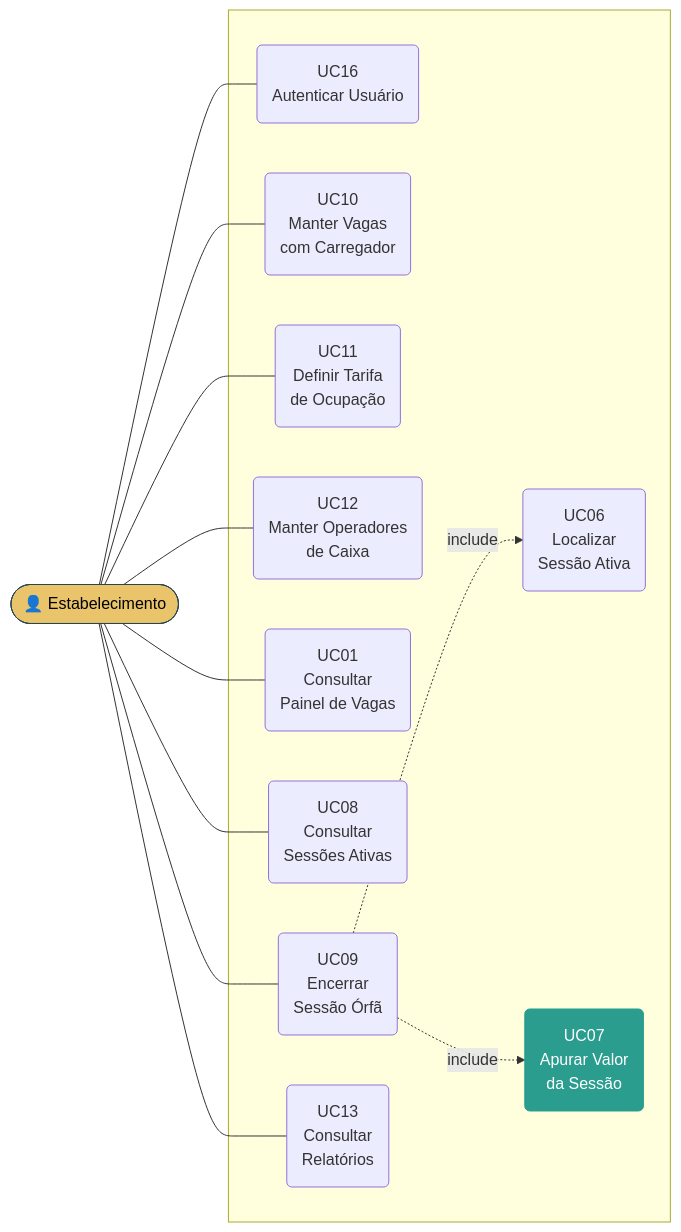
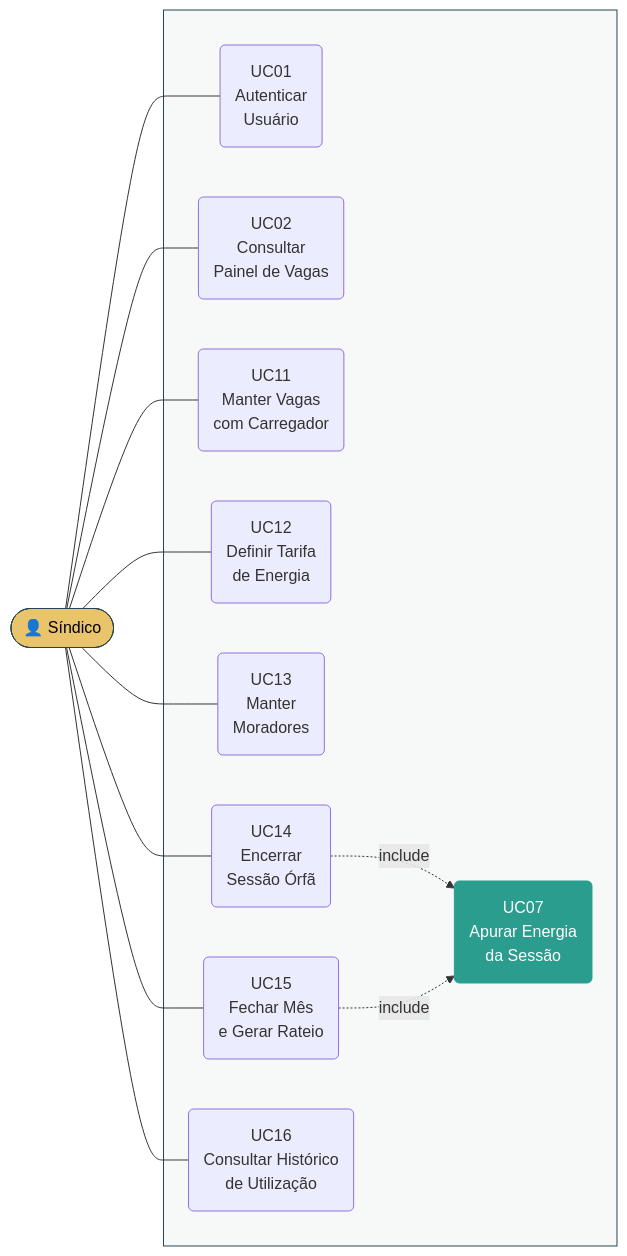
One commit to AndreMoreira00/CarregaJA changed the third of 4 diagrams in 2.Analise e Design/CARREGAJA - Modelo de Caso de Uso.md. Above: the diagram before and after it, drawn with Mermaid. The commit also changed other lines of this file and 21 other files, not shown here.

````diff
--- a/2.Analise e Design/CARREGAJA - Modelo de Caso de Uso.md
+++ b/2.Analise e Design/CARREGAJA - Modelo de Caso de Uso.md
@@ -150,28 +149,29 @@
 ```mermaid
 flowchart LR
-    EST(["👤 Estabelecimento"])
+    SIN(["👤 Síndico"])
     subgraph SIS[" "]
-        UC16("UC16<br/>Autenticar Usuário")
-        UC10("UC10<br/>Manter Vagas<br/>com Carregador")
-        UC11("UC11<br/>Definir Tarifa<br/>de Ocupação")
-        UC12("UC12<br/>Manter Operadores<br/>de Caixa")
-        UC01("UC01<br/>Consultar<br/>Painel de Vagas")
-        UC08("UC08<br/>Consultar<br/>Sessões Ativas")
-        UC09("UC09<br/>Encerrar<br/>Sessão Órfã")
-        UC13("UC13<br/>Consultar<br/>Relatórios")
-        UC06("UC06<br/>Localizar<br/>Sessão Ativa")
-        UC07("UC07<br/>Apurar Valor<br/>da Sessão")
+        UC01("UC01<br/>Autenticar<br/>Usuário")
+        UC02("UC02<br/>Consultar<br/>Painel de Vagas")
+        UC07("UC07<br/>Apurar Energia<br/>da Sessão")
+        UC11("UC11<br/>Manter Vagas<br/>com Carregador")
+        UC12("UC12<br/>Definir Tarifa<br/>de Energia")
+        UC13("UC13<br/>Manter<br/>Moradores")
+        UC14("UC14<br/>Encerrar<br/>Sessão Órfã")
+        UC15("UC15<br/>Fechar Mês<br/>e Gerar Rateio")
+        UC16("UC16<br/>Consultar Histórico<br/>de Utilização")
     end
-    EST --- UC16
-    EST --- UC10
-    EST --- UC11
-    EST --- UC12
-    EST --- UC01
-    EST --- UC08
-    EST --- UC09
-    EST --- UC13
-    UC09 -.->|include| UC06
-    UC09 -.->|include| UC07
-    style EST fill:#e9c46a,stroke:#264653,color:#000
+    SIN --- UC01
+    SIN --- UC02
+    SIN --- UC11
+    SIN --- UC12
+    SIN --- UC13
+    SIN --- UC14
+    SIN --- UC15
+    SIN --- UC16
+    UC14 -.->|include| UC07
+    UC15 -.->|include| UC07
+
+    style SIN fill:#e9c46a,stroke:#264653,color:#000
+    style SIS fill:#f7f9f9,stroke:#264653
     style UC07 fill:#2a9d8f,stroke:#2a9d8f,color:#fff
 ```
````
